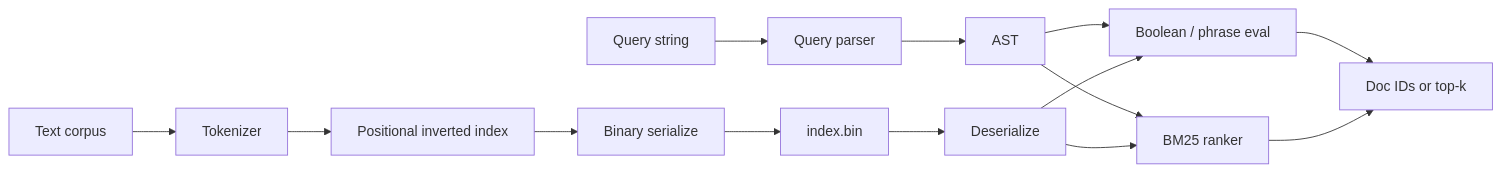
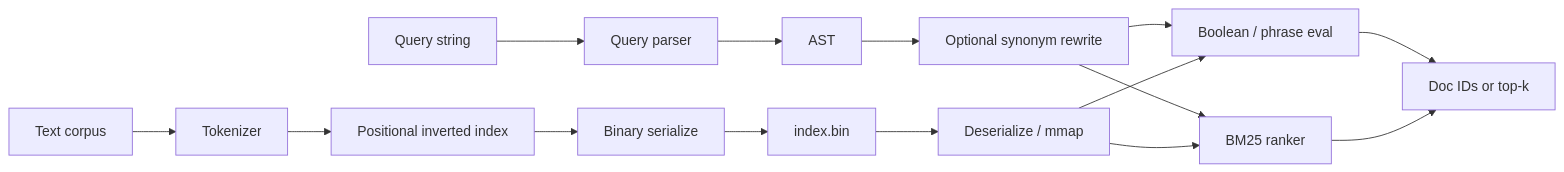
Before and after one commit to Alena-Voronchikhina/mini-search-engine-cpp: the first of 2 diagrams in README.md, drawn with Mermaid. The commit also changed other lines of this file and 13 other files, not shown here.

````diff
--- a/README.md
+++ b/README.md
@@ -31,16 +33,17 @@
 ```mermaid
 flowchart LR
   corpus[Text corpus] --> tok[Tokenizer]
   tok --> idx[Positional inverted index]
   idx --> ser[Binary serialize]
   ser --> disk[index.bin]
-  disk --> load[Deserialize]
+  disk --> load[Deserialize / mmap]
   qstr[Query string] --> parser[Query parser]
   parser --> ast[AST]
-  ast --> boolEval[Boolean / phrase eval]
-  ast --> bm25[BM25 ranker]
+  ast --> rewrite[Optional synonym rewrite]
+  rewrite --> boolEval[Boolean / phrase eval]
+  rewrite --> bm25[BM25 ranker]
   load --> boolEval
   load --> bm25
   boolEval --> results[Doc IDs or top-k]
   bm25 --> results
 ```
````
